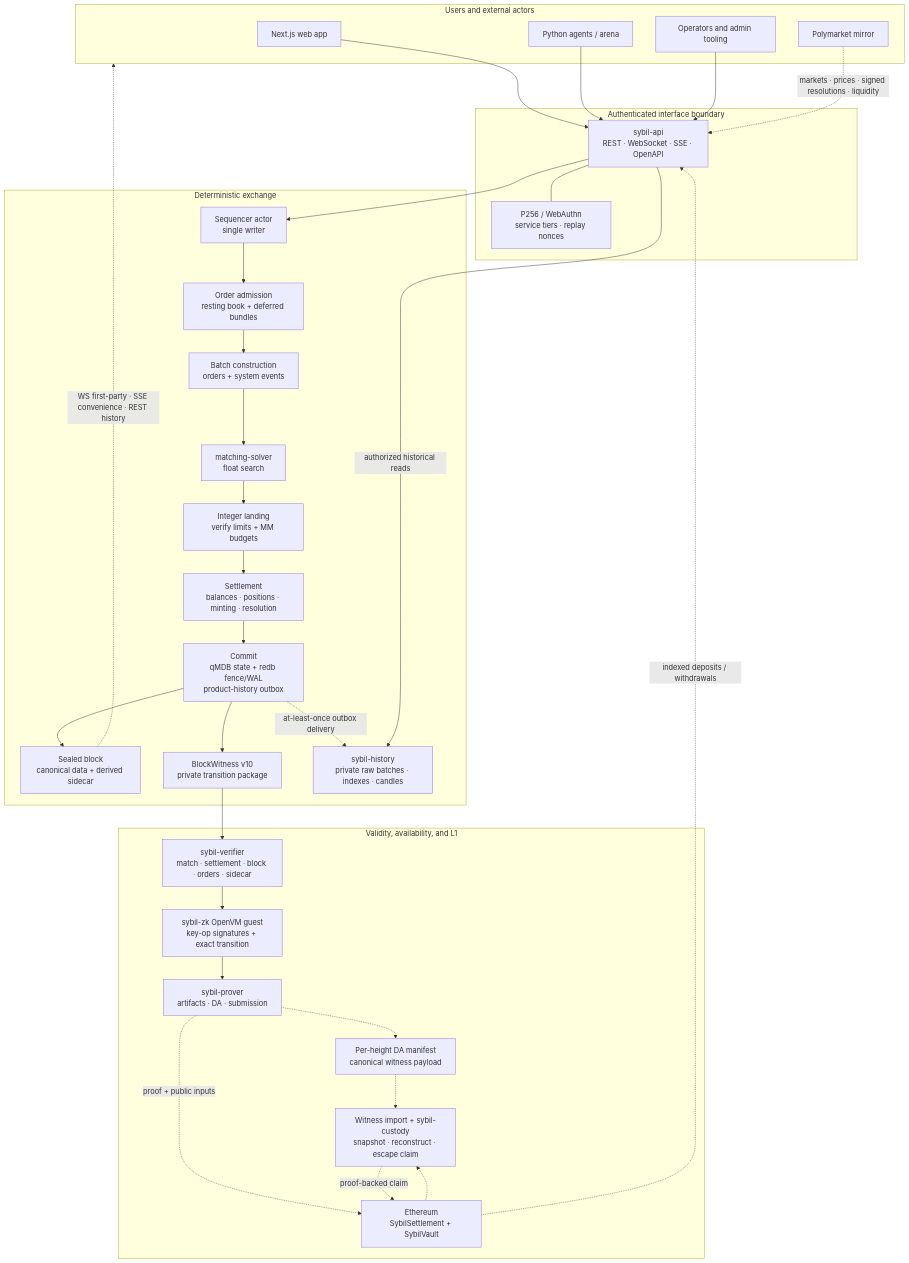
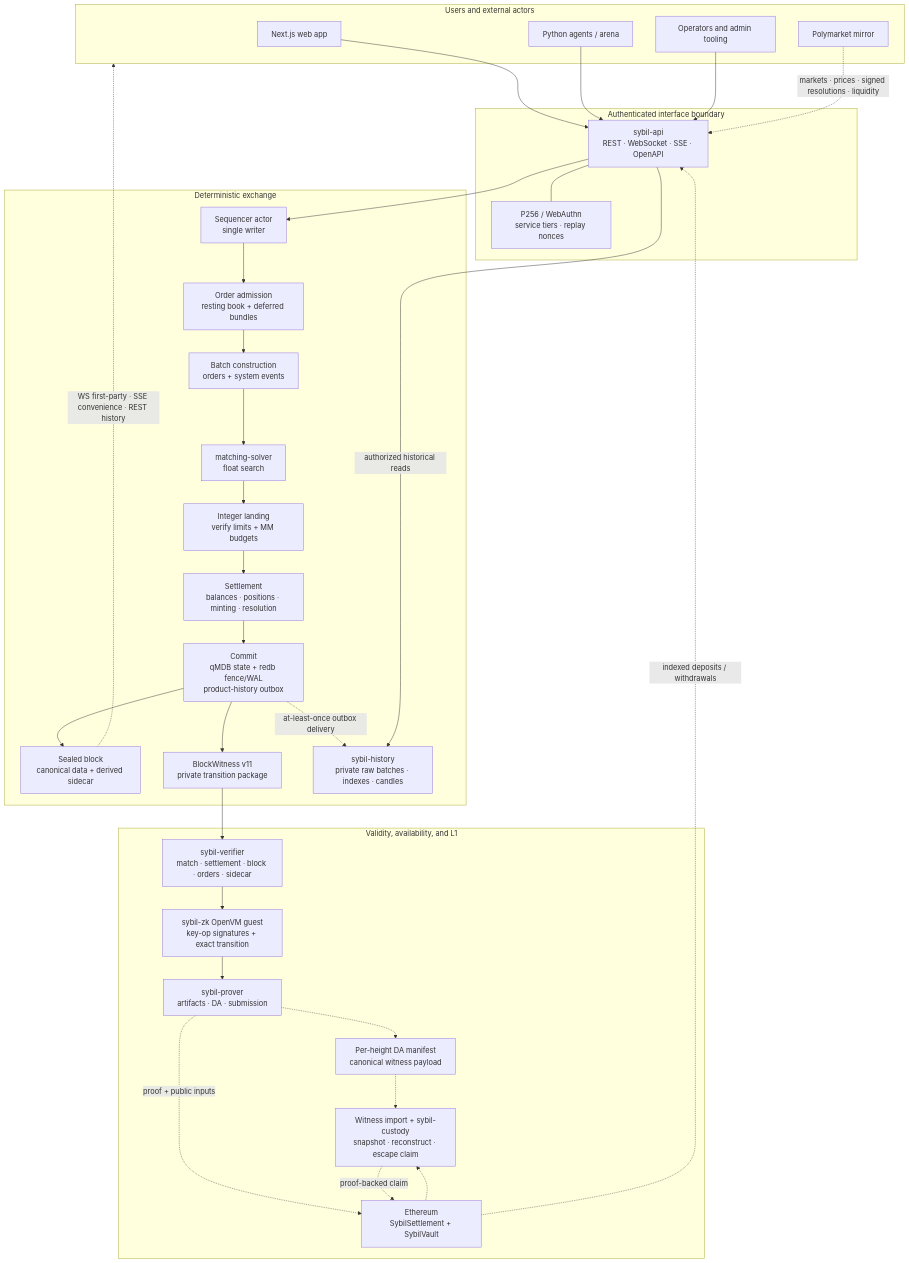
One commit to MetaB0y/sybil changed the first of 2 diagrams in docs/architecture/Sybil Architecture.md. Above: the diagram before and after it, drawn with Mermaid. The commit also changed other lines of this file and 289 other files, not shown here.

````diff
--- a/docs/architecture/Sybil Architecture.md
+++ b/docs/architecture/Sybil Architecture.md
@@ -21,58 +21,58 @@
 ```mermaid
 flowchart TB
     subgraph users["Users and external actors"]
         WEB["Next.js web app"]
         BOTS["Python agents / arena"]
         PM["Polymarket mirror"]
         OPS["Operators and admin tooling"]
     end
 
     subgraph edge["Authenticated interface boundary"]
         API["sybil-api<br/>REST · WebSocket · SSE · OpenAPI"]
         AUTH["P256 / WebAuthn<br/>service tiers · replay nonces"]
         API --- AUTH
     end
 
     subgraph exchange["Deterministic exchange"]
         ACTOR["Sequencer actor<br/>single writer"]
         ADMIT["Order admission<br/>resting book + deferred bundles"]
         BATCH["Batch construction<br/>orders + system events"]
         SOLVE["matching-solver<br/>float search"]
         LAND["Integer landing<br/>verify limits + MM budgets"]
         SETTLE["Settlement<br/>balances · positions · minting · resolution"]
         STORE["Commit<br/>qMDB state + redb fence/WAL<br/>product-history outbox"]
         BLOCK["Sealed block<br/>canonical data + derived sidecar"]
-        WIT["BlockWitness v10<br/>private transition package"]
+        WIT["BlockWitness v11<br/>private transition package"]
         HIST["sybil-history<br/>private raw batches · indexes · candles"]
 
         ACTOR --> ADMIT --> BATCH --> SOLVE --> LAND --> SETTLE --> STORE
         STORE --> BLOCK
         STORE --> WIT
         STORE -.->|"at-least-once outbox delivery"| HIST
     end
 
     subgraph validity["Validity, availability, and L1"]
         VERIFY["sybil-verifier<br/>match · settlement · block · orders · sidecar"]
         GUEST["sybil-zk OpenVM guest<br/>key-op signatures + exact transition"]
         PROVER["sybil-prover<br/>artifacts · DA · submission"]
         DA["Per-height DA manifest<br/>canonical witness payload"]
         L1["Ethereum<br/>SybilSettlement + SybilVault"]
         ESCAPE["Witness import + sybil-custody<br/>snapshot · reconstruct · escape claim"]
 
         WIT --> VERIFY --> GUEST --> PROVER
         PROVER -.-> DA
         PROVER -.->|"proof + public inputs"| L1
         DA -.-> ESCAPE
         L1 -.-> ESCAPE
         ESCAPE -.->|"proof-backed claim"| L1
     end
 
     WEB --> API
     BOTS --> API
     OPS --> API
     PM -.->|"markets · prices · signed resolutions · liquidity"| API
     API --> ACTOR
     API -->|"authorized historical reads"| HIST
     BLOCK -.->|"WS first-party · SSE convenience · REST history"| users
     L1 -.->|"indexed deposits / withdrawals"| API
 ```
````
